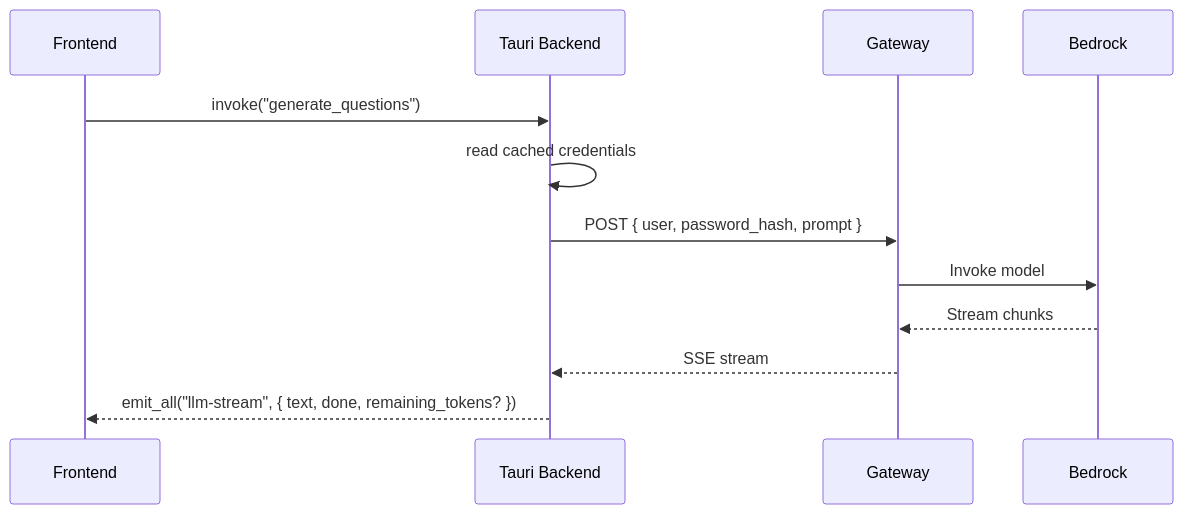
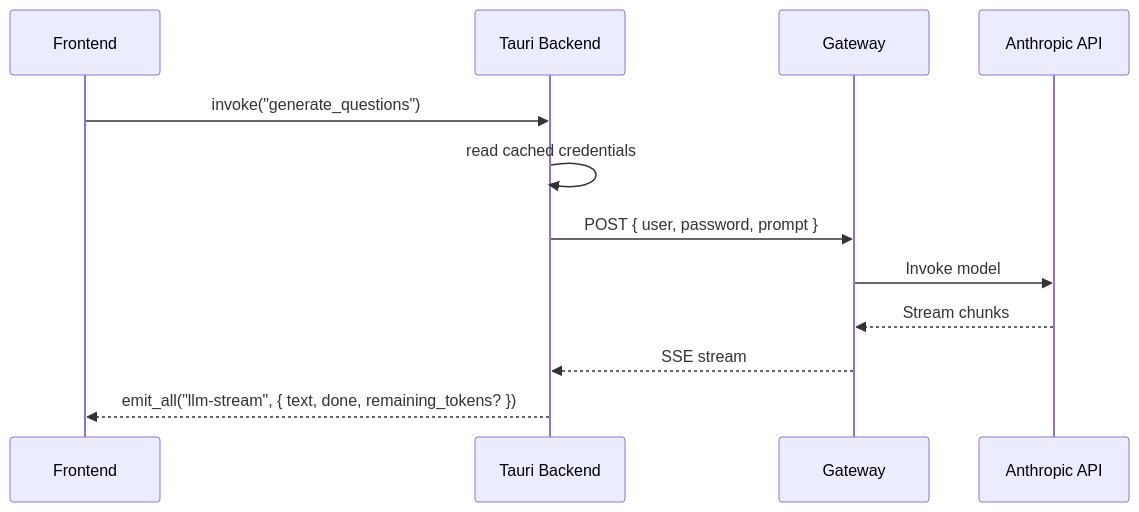
Before and after one commit to paderevski/rubrix: the third of 3 diagrams in docs/ARCHITECTURE_DIAGRAM.md, drawn with Mermaid. The commit also changed other lines of this file and 15 other files, not shown here.

````diff
--- a/docs/ARCHITECTURE_DIAGRAM.md
+++ b/docs/ARCHITECTURE_DIAGRAM.md
@@ -39,15 +38,15 @@
 ```mermaid
 sequenceDiagram
     participant FE as Frontend
     participant BE as Tauri Backend
     participant GW as Gateway
-    participant BR as Bedrock
+    participant BR as Anthropic API
 
     FE->>BE: invoke("generate_questions")
     BE->>BE: read cached credentials
-    BE->>GW: POST { user, password_hash, prompt }
+    BE->>GW: POST { user, password, prompt }
     GW->>BR: Invoke model
     BR-->>GW: Stream chunks
     GW-->>BE: SSE stream
     BE-->>FE: emit_all("llm-stream", { text, done, remaining_tokens? })
 ```
````
